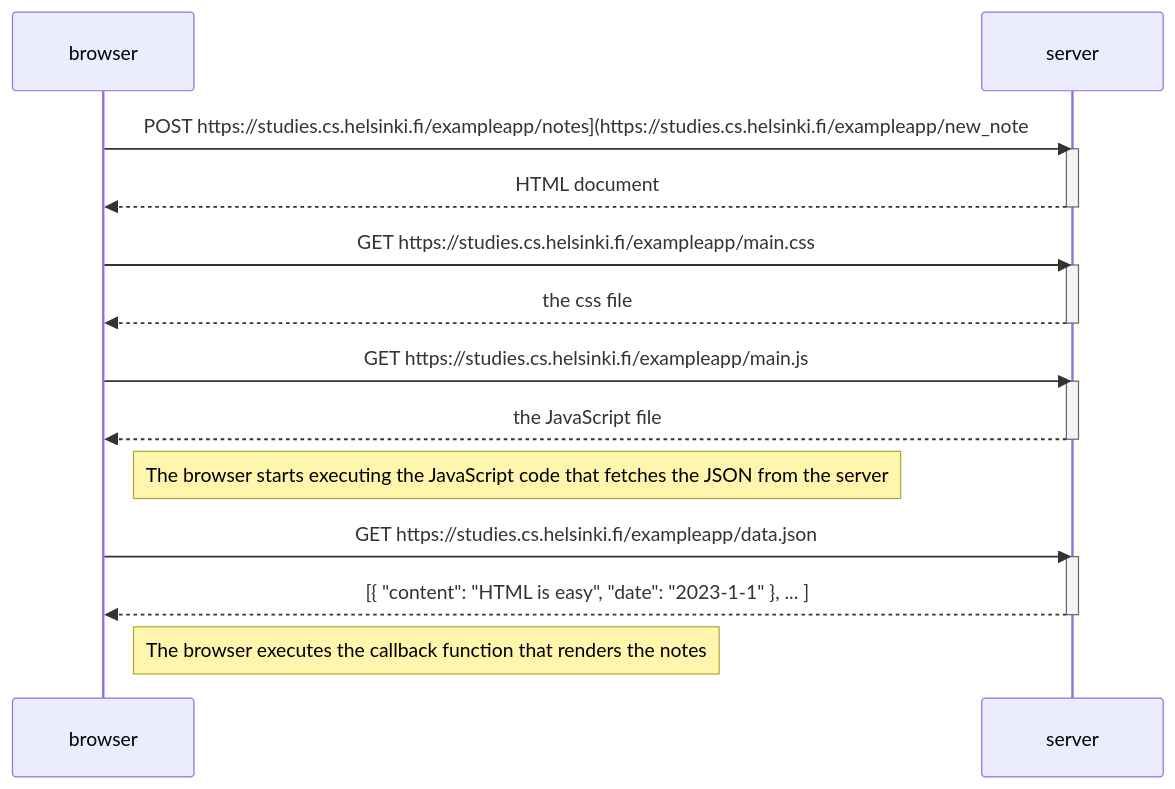
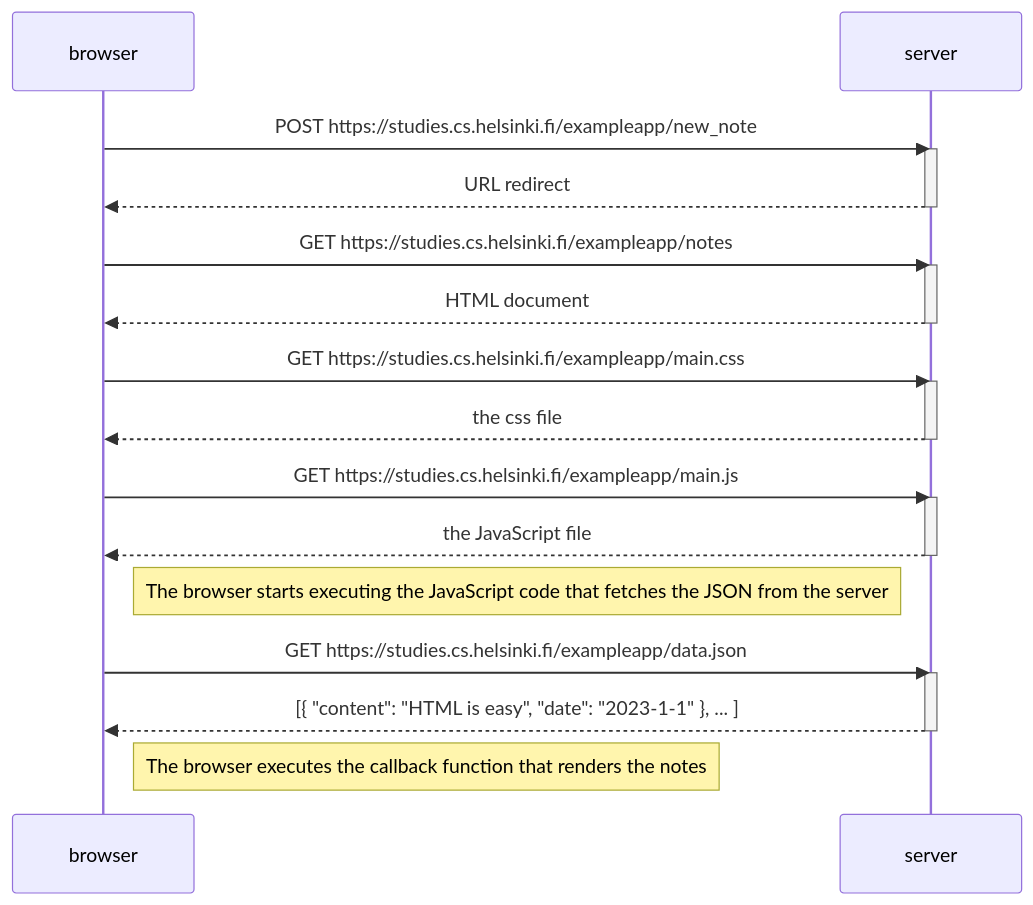
One commit to OoopZ23/fullstackopen changed the diagram in part0/exercise04.md. Above: the diagram before and after it, drawn with Mermaid.

````diff
--- a/part0/exercise04.md
+++ b/part0/exercise04.md
@@ -1,29 +1,34 @@
 ```mermaid
 sequenceDiagram
     participant browser
     participant server
 
-    browser->>server: POST https://studies.cs.helsinki.fi/exampleapp/notes](https://studies.cs.helsinki.fi/exampleapp/new_note
+    browser->>server: POST https://studies.cs.helsinki.fi/exampleapp/new_note
+    activate server
+    server-->>browser: URL redirect
+    deactivate server
+
+    browser->>server: GET https://studies.cs.helsinki.fi/exampleapp/notes
     activate server
     server-->>browser: HTML document
     deactivate server
 
     browser->>server: GET https://studies.cs.helsinki.fi/exampleapp/main.css
     activate server
     server-->>browser: the css file
     deactivate server
 
     browser->>server: GET https://studies.cs.helsinki.fi/exampleapp/main.js
     activate server
     server-->>browser: the JavaScript file
     deactivate server
 
     Note right of browser: The browser starts executing the JavaScript code that fetches the JSON from the server
 
     browser->>server: GET https://studies.cs.helsinki.fi/exampleapp/data.json
     activate server
     server-->>browser: [{ "content": "HTML is easy", "date": "2023-1-1" }, ... ]
     deactivate server
 
     Note right of browser: The browser executes the callback function that renders the notes
 ```
````
